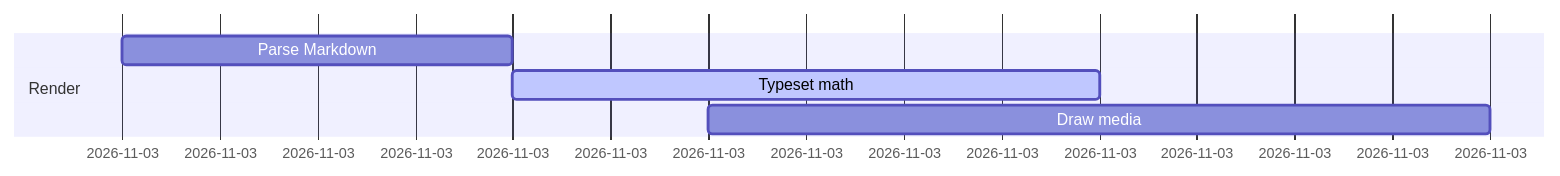
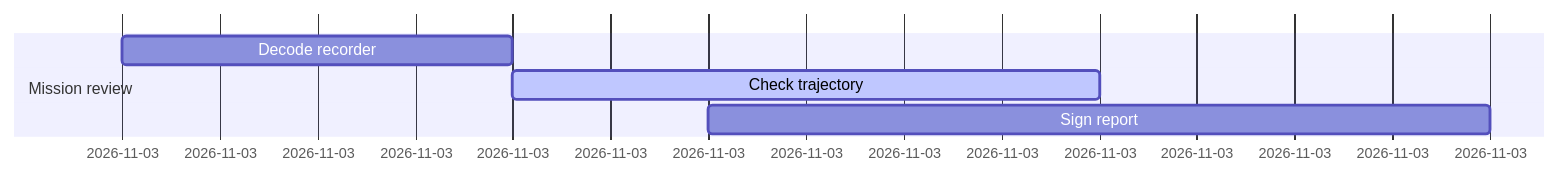
One commit to Desiment/opentui-markdown-render changed the seventh of 10 diagrams in examples/all.md. Above: the diagram before and after it, drawn with Mermaid. The commit also changed other lines of this file and 36 other files, not shown here.

````diff
--- a/examples/all.md
+++ b/examples/all.md
@@ -128,8 +135,8 @@
 ```mermaid
 gantt
   dateFormat s
-  section Render
-  Parse Markdown :0, 2
-  Typeset math :active, 2, 5
-  Draw media :3, 7
+  section Mission review
+  Decode recorder :0, 2
+  Check trajectory :active, 2, 5
+  Sign report :3, 7
 ```
````
